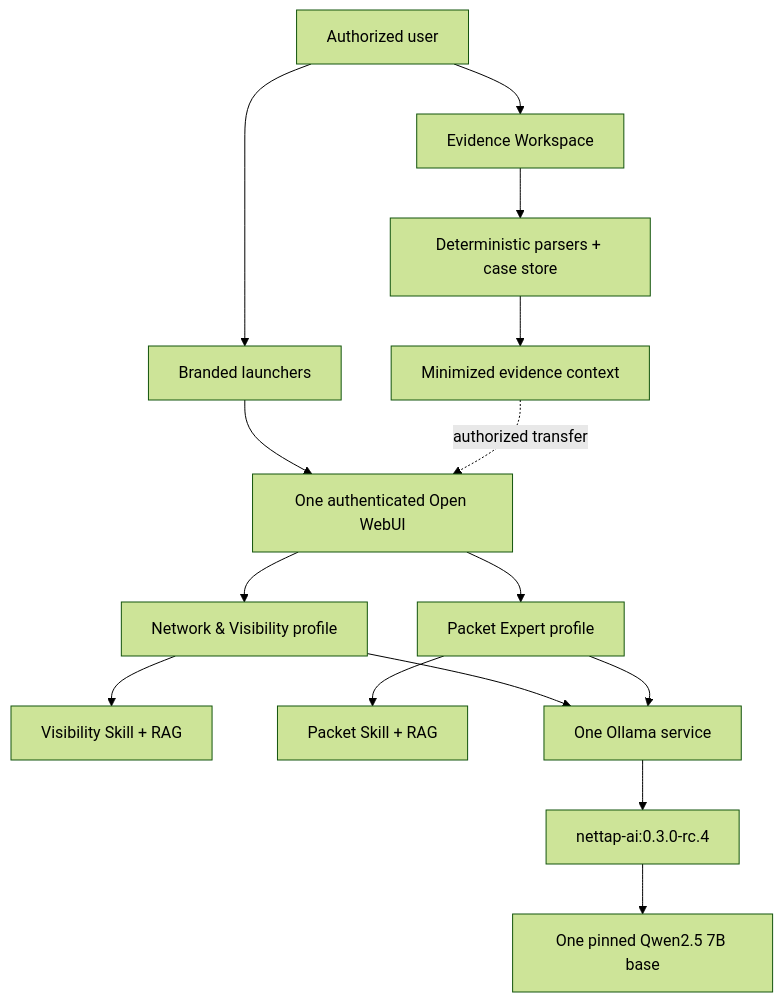
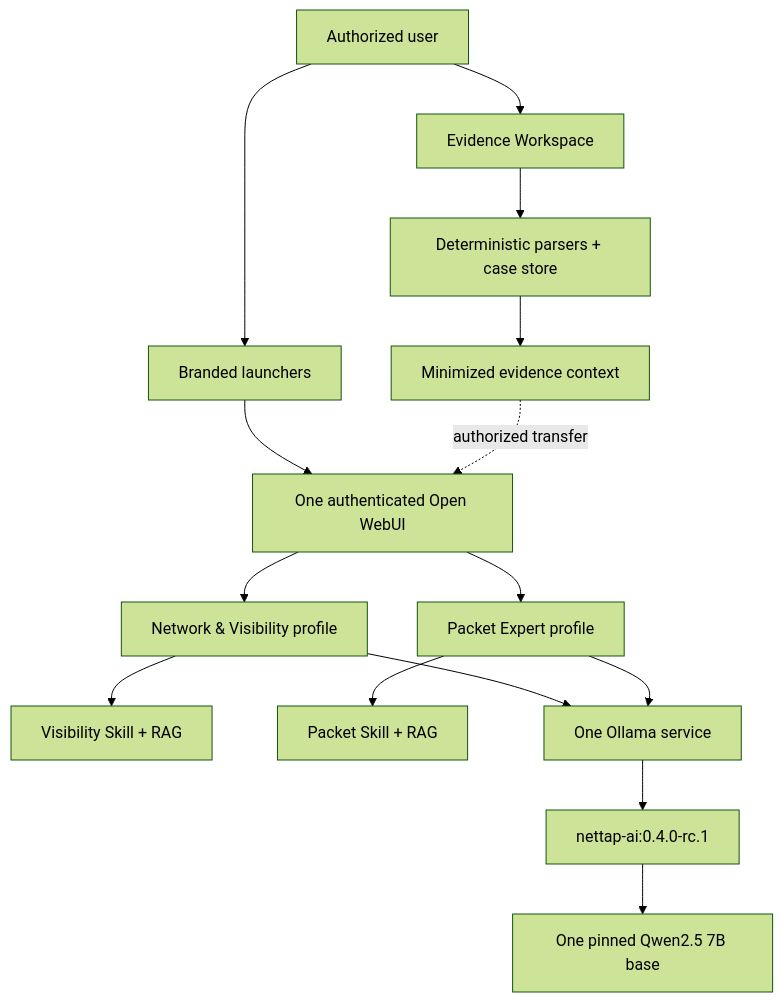
The first of 2 diagrams in docs/ARCHITECTURE.md (mpdwyer2367/nettap-packet-expert), drawn with Mermaid (forest theme) before and after one commit. The commit also changed other lines of this file and 57 other files, not shown here.

````diff
--- a/docs/ARCHITECTURE.md
+++ b/docs/ARCHITECTURE.md
@@ -7,17 +7,17 @@
 ```mermaid
 flowchart TB
     U["Authorized user"] --> L["Branded launchers"]
     L --> W["One authenticated Open WebUI"]
     W --> V["Network & Visibility profile"]
     W --> P["Packet Expert profile"]
     V --> VR["Visibility Skill + RAG"]
     P --> PR["Packet Skill + RAG"]
     V --> O["One Ollama service"]
     P --> O
-    O --> M["nettap-ai:0.3.0-rc.4"]
+    O --> M["nettap-ai:0.4.0-rc.1"]
     M --> Q["One pinned Qwen2.5 7B base"]
     U --> E["Evidence Workspace"]
     E --> D["Deterministic parsers + case store"]
     D --> X["Minimized evidence context"]
     X -. "authorized transfer" .-> W
 ```
````
